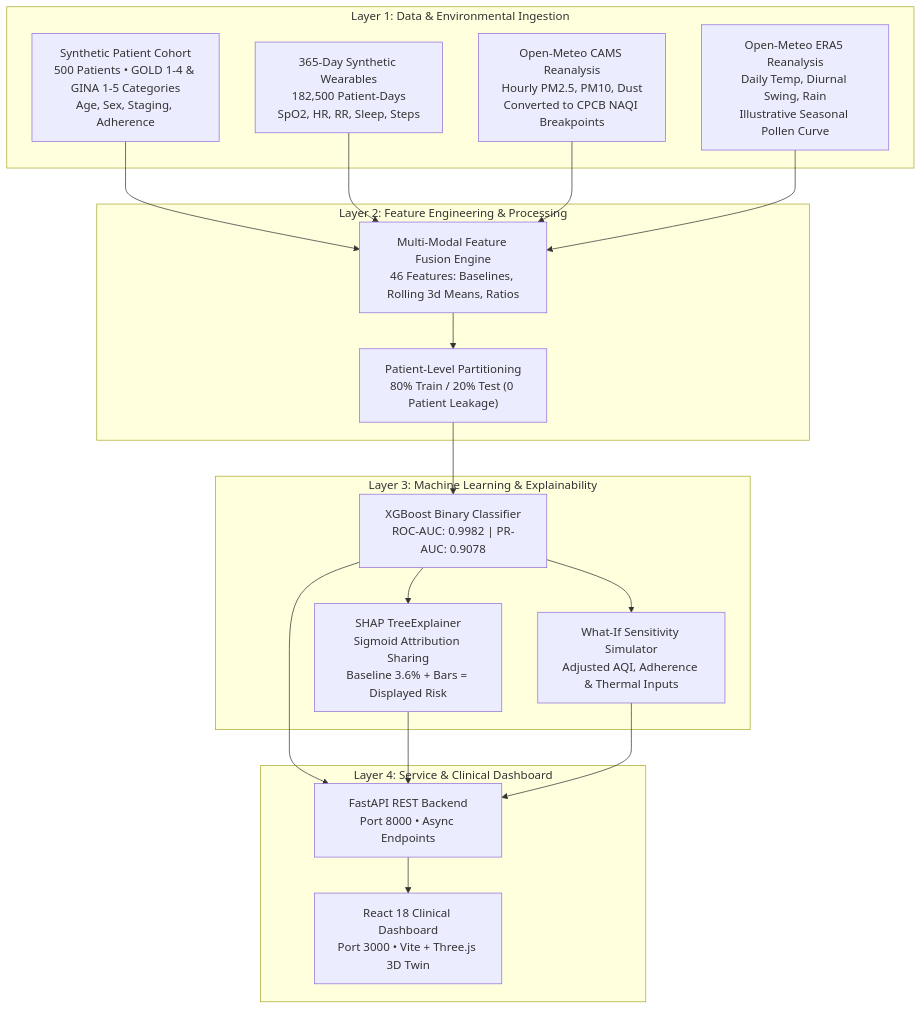
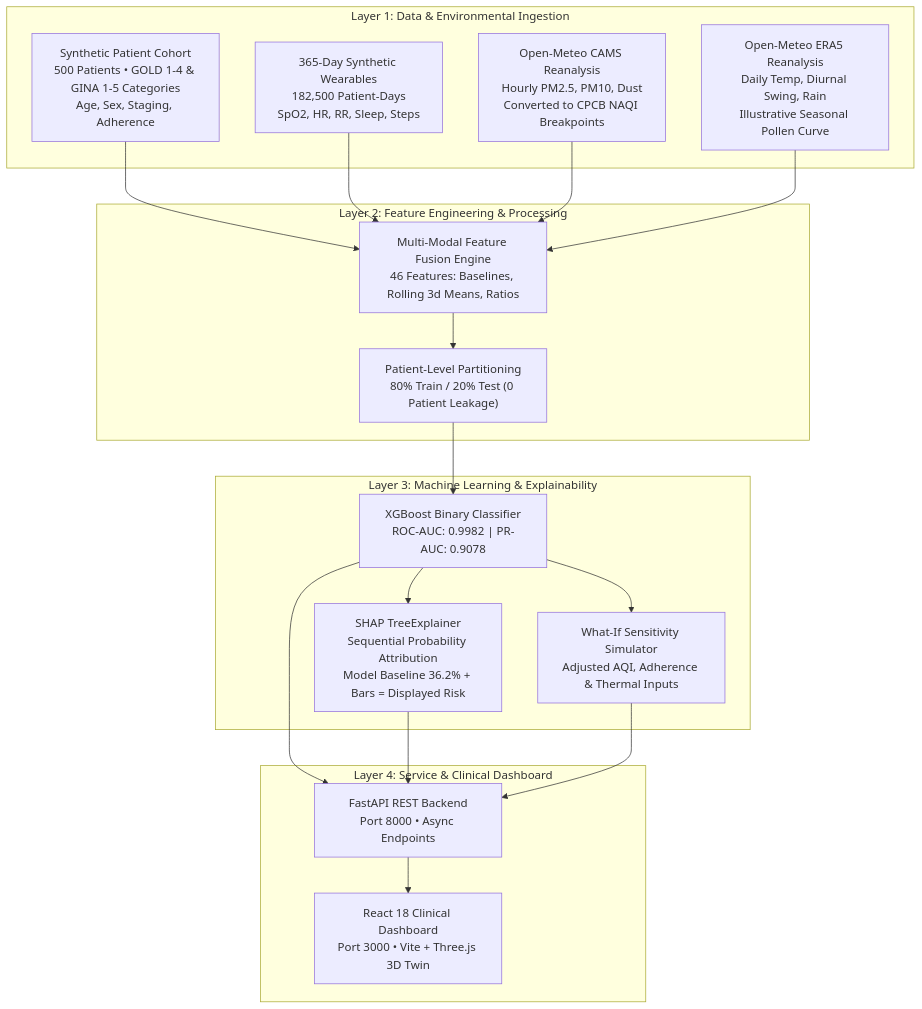
Before and after one commit to MonalikaDoda/PulmoTwin: the second of 2 diagrams in README.md, drawn with Mermaid. The commit also changed other lines of this file and 8 other files, not shown here.

Commit message:
Replace SHAP proportional rescaling with sequential probability attribution, update Model baseline to 36.2%, and fix README sequence diagram

````diff
--- a/README.md
+++ b/README.md
@@ -120,38 +120,38 @@
 ```mermaid
 flowchart TD
     subgraph Layer1["Layer 1: Data & Environmental Ingestion"]
         EHR["Synthetic Patient Cohort<br/>500 Patients • GOLD 1-4 & GINA 1-5 Categories<br/>Age, Sex, Staging, Adherence"]
         WEAR["365-Day Synthetic Wearables<br/>182,500 Patient-Days<br/>SpO2, HR, RR, Sleep, Steps"]
         CAMS["Open-Meteo CAMS Reanalysis<br/>Hourly PM2.5, PM10, Dust<br/>Converted to CPCB NAQI Breakpoints"]
         ERA5["Open-Meteo ERA5 Reanalysis<br/>Daily Temp, Diurnal Swing, Rain<br/>Illustrative Seasonal Pollen Curve"]
     end
 
     subgraph Layer2["Layer 2: Feature Engineering & Processing"]
         FUSE["Multi-Modal Feature Fusion Engine<br/>46 Features: Baselines, Rolling 3d Means, Ratios"]
         SPLIT["Patient-Level Partitioning<br/>80% Train / 20% Test (0 Patient Leakage)"]
     end
 
     subgraph Layer3["Layer 3: Machine Learning & Explainability"]
         XGB["XGBoost Binary Classifier<br/>ROC-AUC: 0.9982 | PR-AUC: 0.9078"]
-        SHAP["SHAP TreeExplainer<br/>Sigmoid Attribution Sharing<br/>Baseline 3.6% + Bars = Displayed Risk"]
+        SHAP["SHAP TreeExplainer<br/>Sequential Probability Attribution<br/>Model Baseline 36.2% + Bars = Displayed Risk"]
         WHATIF["What-If Sensitivity Simulator<br/>Adjusted AQI, Adherence & Thermal Inputs"]
     end
 
     subgraph Layer4["Layer 4: Service & Clinical Dashboard"]
         API["FastAPI REST Backend<br/>Port 8000 • Async Endpoints"]
         DASH["React 18 Clinical Dashboard<br/>Port 3000 • Vite + Three.js 3D Twin"]
     end
 
     EHR --> FUSE
     WEAR --> FUSE
     CAMS --> FUSE
     ERA5 --> FUSE
     FUSE --> SPLIT
     SPLIT --> XGB
     XGB --> SHAP
     XGB --> WHATIF
     XGB --> API
     SHAP --> API
     WHATIF --> API
     API --> DASH
 ```
````
